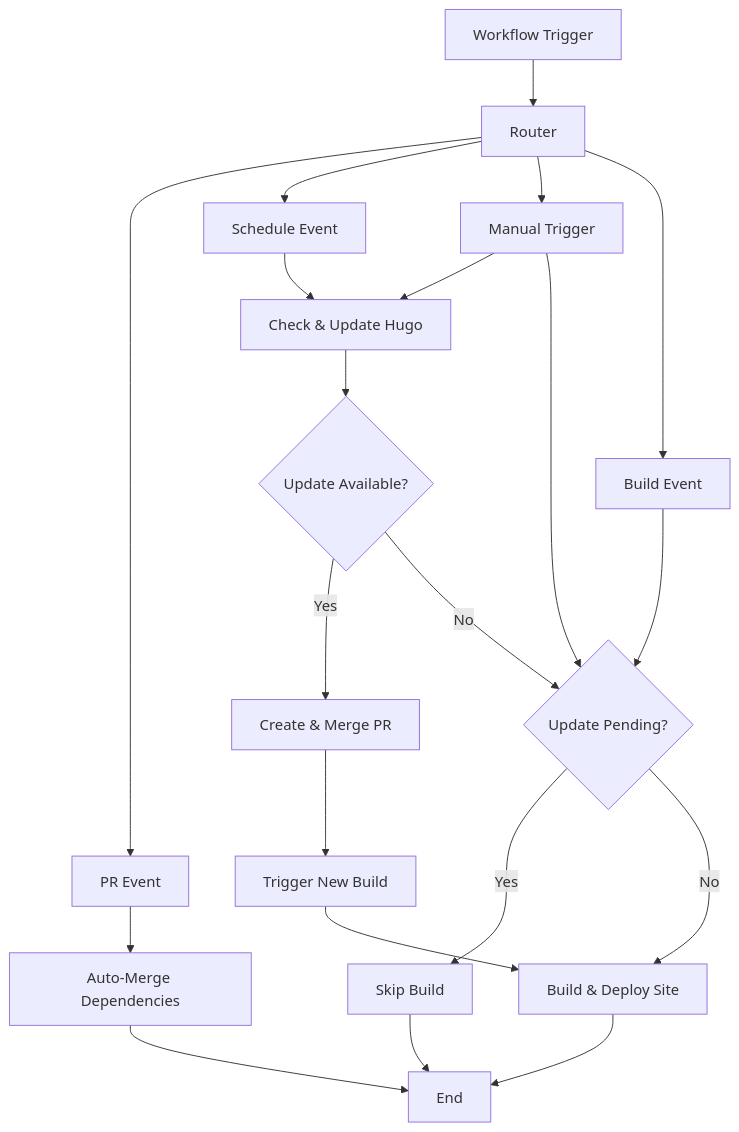
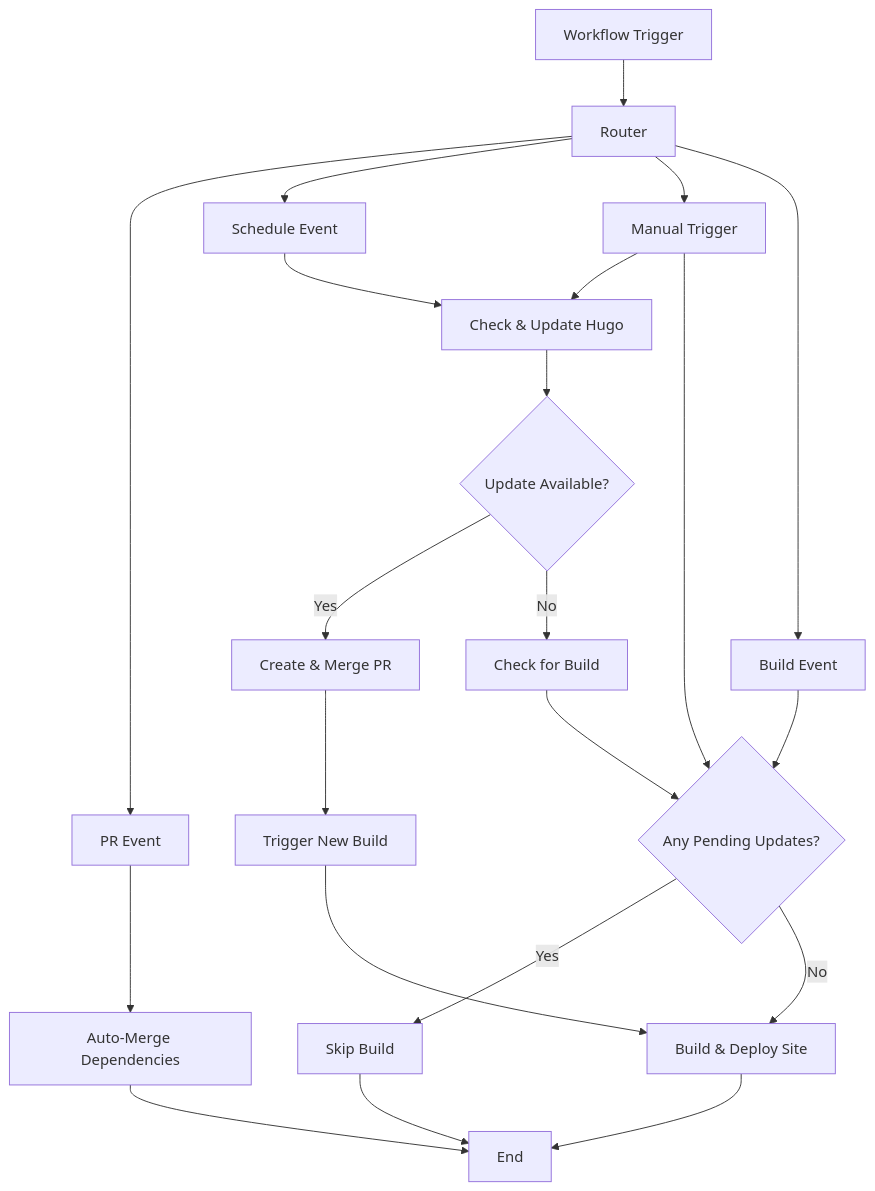
Before and after one commit to chriopter/hugo-autopilot: the diagram in README.md, drawn with Mermaid.

Commit message:
Small commit

````diff
--- a/README.md
+++ b/README.md
@@ -16,30 +16,32 @@
 ```mermaid
 flowchart TD
     Start[Workflow Trigger] --> Router[Router]
     
     Router --> PR[PR Event]
     Router --> Schedule[Schedule Event]
     Router --> Manual[Manual Trigger]
     Router --> Build[Build Event]
     
     PR --> Automerge[Auto-Merge Dependencies]
     Schedule --> UpdateCheck[Check & Update Hugo]
     Manual --> UpdateCheck
     
     UpdateCheck --> NeedsUpdate{Update Available?}
     NeedsUpdate -->|Yes| CreatePR[Create & Merge PR]
-    NeedsUpdate -->|No| CheckPending
+    NeedsUpdate -->|No| BuildCheck[Check for Build]
     
     CreatePR --> TriggerBuild[Trigger New Build]
     
-    Build --> CheckPending{Update Pending?}
+    BuildCheck --> CheckPending{Any Pending Updates?}
+    Build --> CheckPending
+    Manual --> CheckPending
+    
     CheckPending -->|Yes| Skip[Skip Build]
     CheckPending -->|No| BuildSite[Build & Deploy Site]
     
-    Manual --> CheckPending
     TriggerBuild --> BuildSite
     
     Automerge --> End[End]
     Skip --> End
     BuildSite --> End
 ```
````
